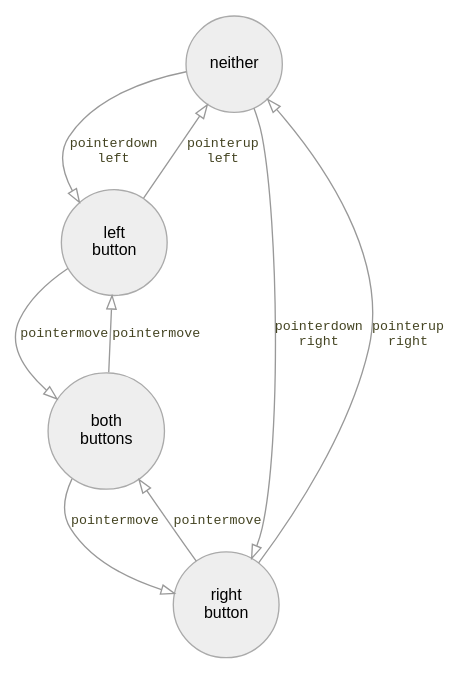
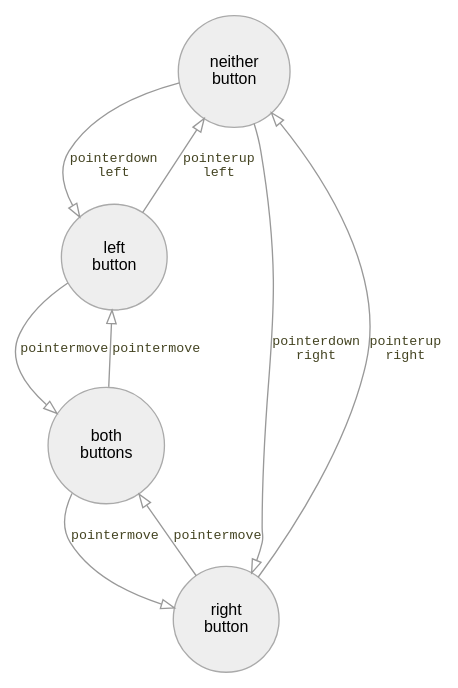
One commit to redblobgames/making-of-draggable changed the seventh of 7 diagrams in index.org. Above: the diagram before and after it, drawn with Graphviz. The commit also changed other lines of this file and 2 other files, not shown here.

Commit message:
Feat: improve diagrams

```diff
--- a/index.org
+++ b/index.org
@@ -589,20 +589,20 @@
 #+begin_src dot :cmd circo :file build/multiple-buttons.svg :exports results
 digraph {
     node [fontname=Helvetica, fontsize=12, shape=circle, style=filled, color="#aaaaaa", fillcolor="#eeeeee"];
     edge [fontname=Courier, fontsize=10, fontcolor="#444422", color="#999999", fillcolor="#ffffff"];
 
-    neither;
+    "neither\nbutton";
     leftbutton [label = "left\nbutton"];
     rightbutton [label = "right\nbutton"];
     bothbuttons [label = "both\nbuttons"];
 
-    neither -> leftbutton [label = "pointerdown\nleft"];
-    neither -> rightbutton [label = "pointerdown\nright"];
-    leftbutton -> neither [label = "pointerup\nleft"];
+    "neither\nbutton" -> leftbutton [label = "pointerdown\nleft"];
+    "neither\nbutton" -> rightbutton [label = "pointerdown\nright"];
+    leftbutton -> "neither\nbutton" [label = "pointerup\nleft"];
     leftbutton -> bothbuttons [label = "pointermove"];
-    rightbutton -> neither [label = "pointerup\nright"];
+    rightbutton -> "neither\nbutton" [label = "pointerup\nright"];
     rightbutton -> bothbuttons [label = "pointermove"];
     bothbuttons -> leftbutton [label = "pointermove"];
     bothbuttons -> rightbutton [label = "pointermove"];
 }
 #+end_src
```
